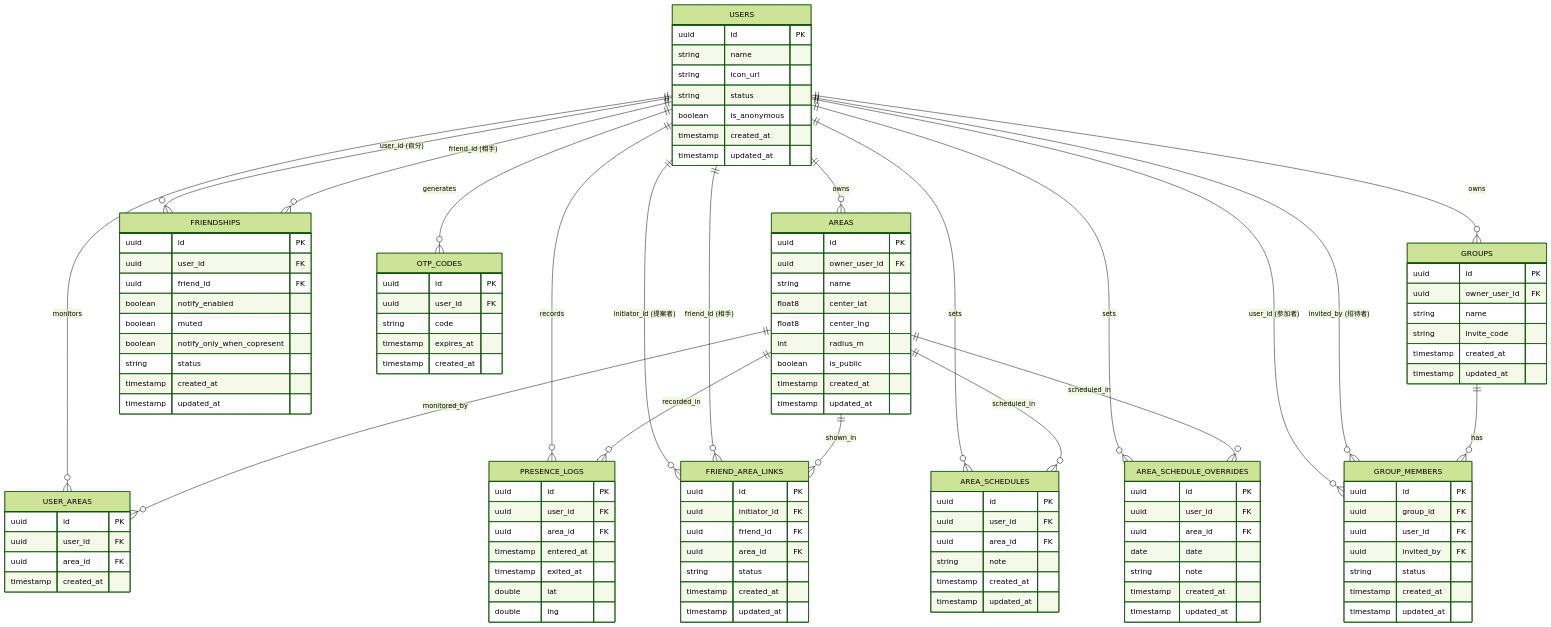
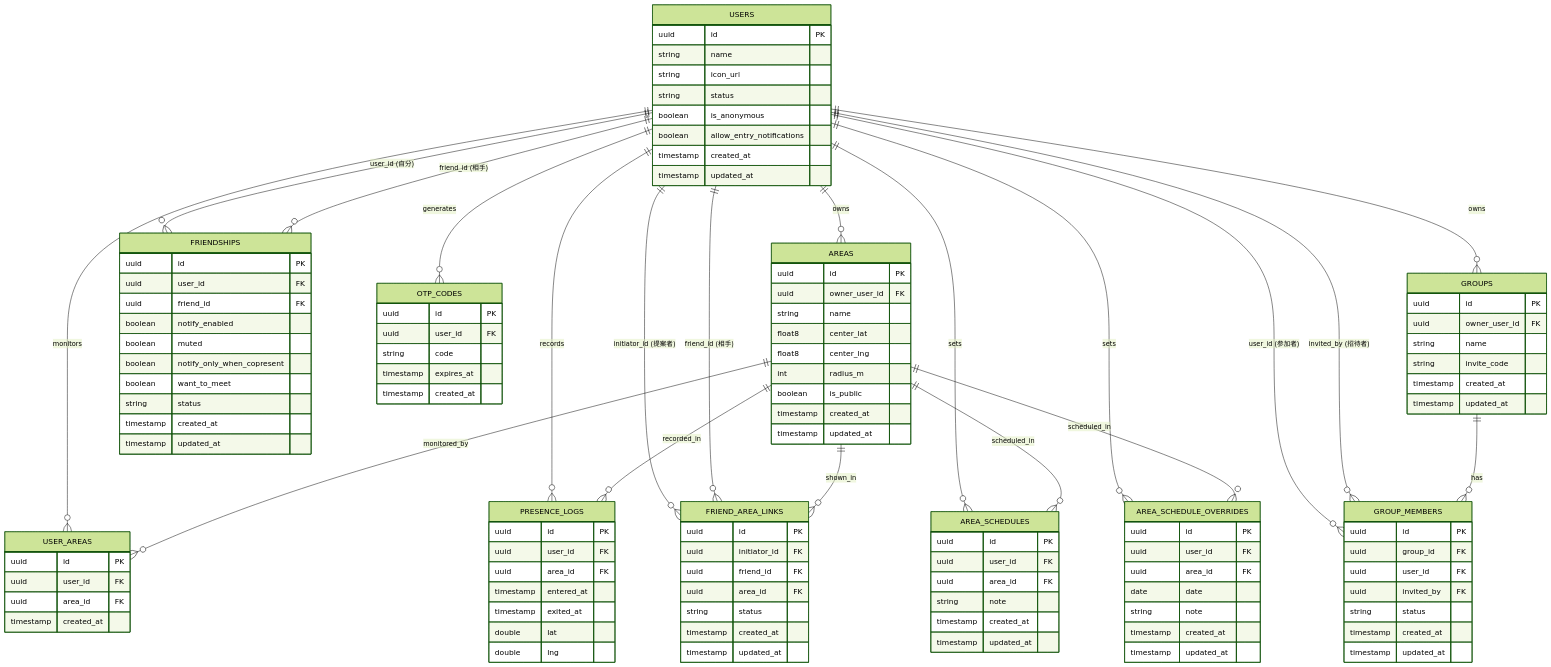
Before and after one commit to ochi06/oruca: the diagram in docs/schema.md, drawn with Mermaid (forest theme). The commit also changed other lines of this file, not shown here.

```diff
--- a/docs/schema.md
+++ b/docs/schema.md
@@ -32,6 +32,7 @@
     string icon_url
     string status
     boolean is_anonymous
+    boolean allow_entry_notifications
     timestamp created_at
     timestamp updated_at
   }
@@ -59,6 +60,7 @@
     boolean notify_enabled
     boolean muted
     boolean notify_only_when_copresent
+    boolean want_to_meet
     string status
     timestamp created_at
     timestamp updated_at
```
